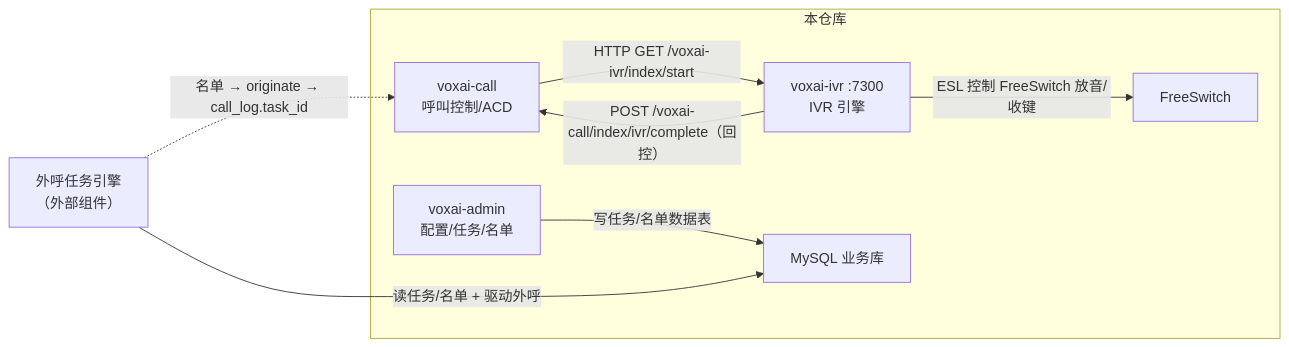
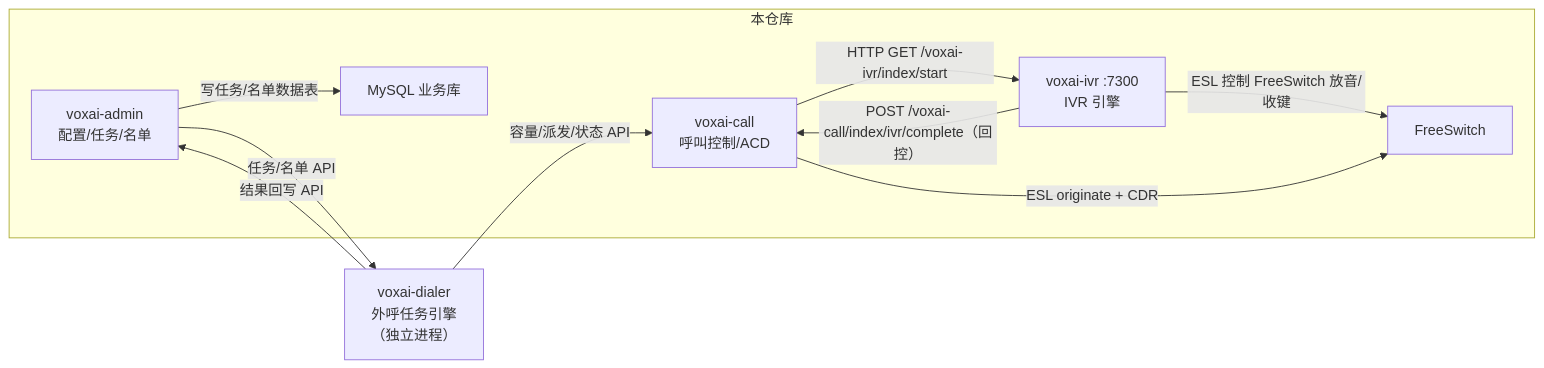
One commit to dongjb741280/ai-call-center changed the diagram in docs/04-外部引擎接口约定.md. Above: the diagram before and after it, drawn with Mermaid. The commit also changed other lines of this file and 65 other files, not shown here.

````diff
--- a/docs/04-外部引擎接口约定.md
+++ b/docs/04-外部引擎接口约定.md
@@ -13,18 +14,20 @@
 ```mermaid
 flowchart LR
     subgraph 本仓库
         CALL["voxai-call<br/>呼叫控制/ACD"]
         IVR["voxai-ivr :7300<br/>IVR 引擎"]
         ADMIN["voxai-admin<br/>配置/任务/名单"]
         DB["MySQL 业务库"]
         FS["FreeSwitch"]
     end
-    TASK["外呼任务引擎<br/>（外部组件）"]
+    TASK["voxai-dialer<br/>外呼任务引擎<br/>（独立进程）"]
 
     CALL -- "HTTP GET /voxai-ivr/index/start" --> IVR
     IVR -- "ESL 控制 FreeSwitch 放音/收键" --> FS
     IVR -- "POST /voxai-call/index/ivr/complete（回控）" --> CALL
     ADMIN -- "写任务/名单数据表" --> DB
-    TASK -- "读任务/名单 + 驱动外呼" --> DB
-    TASK -. "名单 → originate → call_log.task_id" .-> CALL
+    ADMIN -- "任务/名单 API" --> TASK
+    TASK -- "容量/派发/状态 API" --> CALL
+    CALL -- "ESL originate + CDR" --> FS
+    TASK -- "结果回写 API" --> ADMIN
 ```
````
